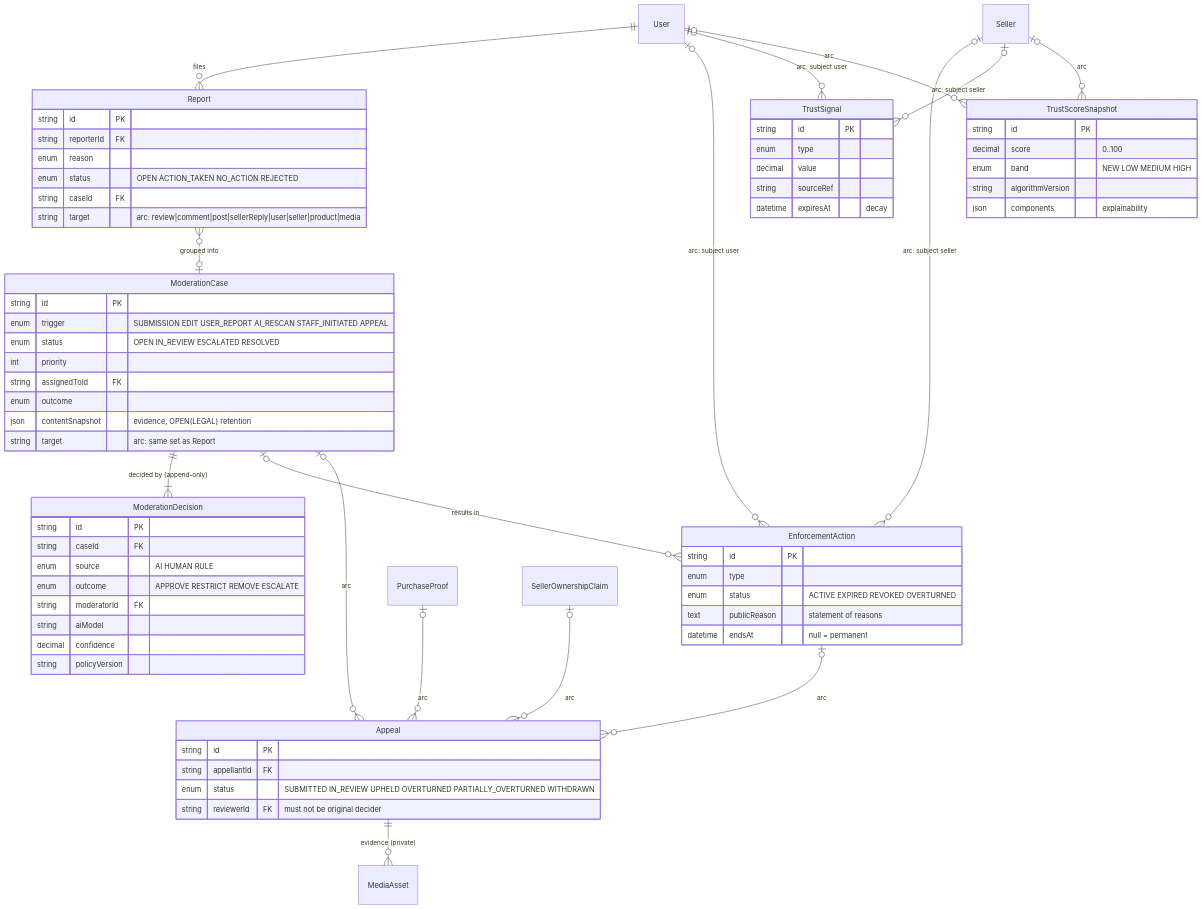
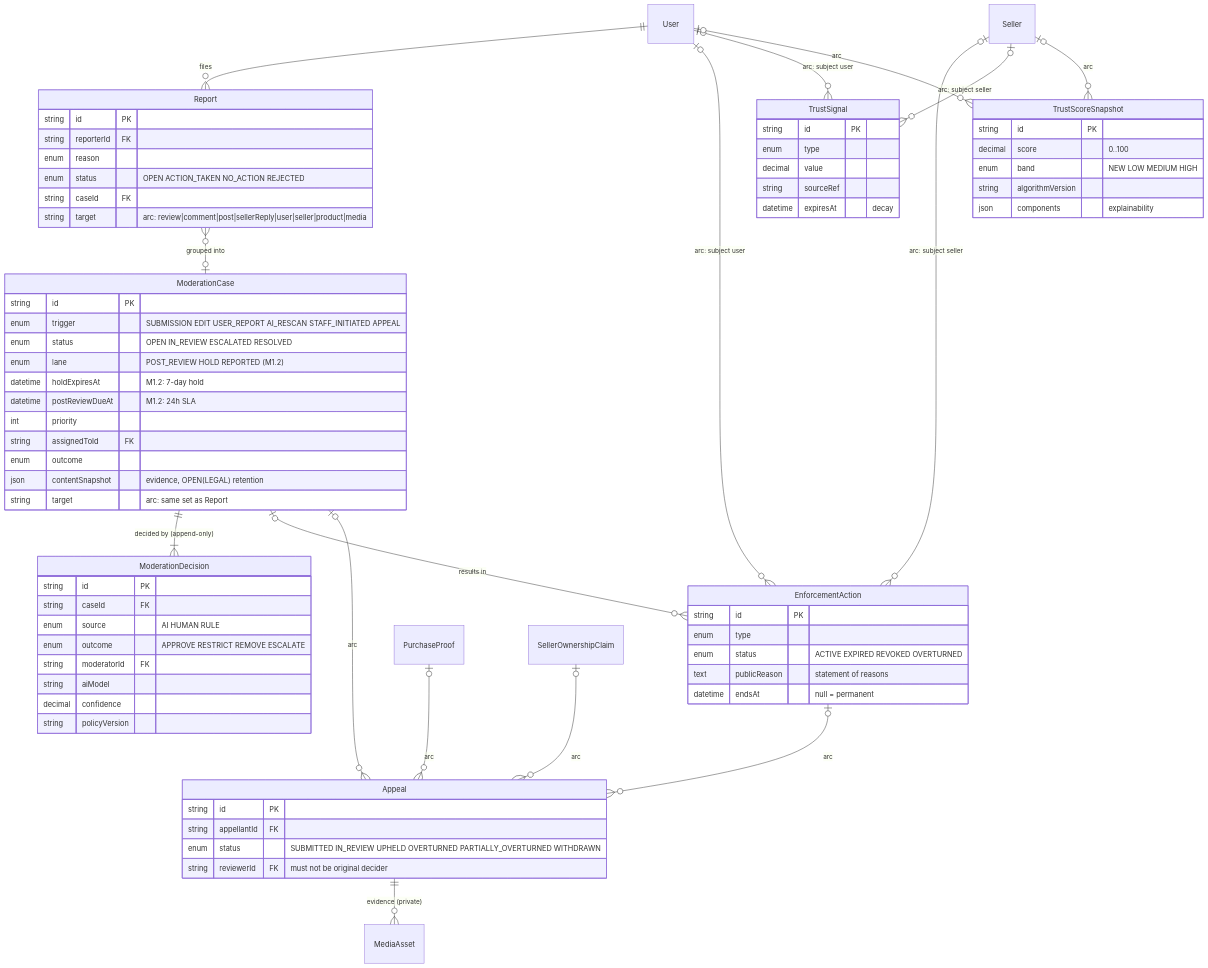
One commit to adeel4166/review-platform changed the sixth of 8 diagrams in docs/architecture/data-model.md. Above: the diagram before and after it, drawn with Mermaid. The commit also changed other lines of this file and 12 other files, not shown here.

````diff
--- a/docs/architecture/data-model.md
+++ b/docs/architecture/data-model.md
@@ -340,74 +342,77 @@
 ```mermaid
 erDiagram
   User ||--o{ Report : "files"
   Report }o--o| ModerationCase : "grouped into"
   ModerationCase ||--|{ ModerationDecision : "decided by (append-only)"
   ModerationCase |o--o{ EnforcementAction : "results in"
   User |o--o{ EnforcementAction : "arc: subject user"
   Seller |o--o{ EnforcementAction : "arc: subject seller"
   EnforcementAction |o--o{ Appeal : "arc"
   ModerationCase |o--o{ Appeal : "arc"
   PurchaseProof |o--o{ Appeal : "arc"
   SellerOwnershipClaim |o--o{ Appeal : "arc"
   Appeal ||--o{ MediaAsset : "evidence (private)"
   User |o--o{ TrustSignal : "arc: subject user"
   Seller |o--o{ TrustSignal : "arc: subject seller"
   User |o--o{ TrustScoreSnapshot : "arc"
   Seller |o--o{ TrustScoreSnapshot : "arc"
 
   Report {
     string id PK
     string reporterId FK
     enum reason
     enum status "OPEN ACTION_TAKEN NO_ACTION REJECTED"
     string caseId FK
     string target "arc: review|comment|post|sellerReply|user|seller|product|media"
   }
   ModerationCase {
     string id PK
     enum trigger "SUBMISSION EDIT USER_REPORT AI_RESCAN STAFF_INITIATED APPEAL"
     enum status "OPEN IN_REVIEW ESCALATED RESOLVED"
+    enum lane "POST_REVIEW HOLD REPORTED (M1.2)"
+    datetime holdExpiresAt "M1.2: 7-day hold"
+    datetime postReviewDueAt "M1.2: 24h SLA"
     int priority
     string assignedToId FK
     enum outcome
     json contentSnapshot "evidence, OPEN(LEGAL) retention"
     string target "arc: same set as Report"
   }
   ModerationDecision {
     string id PK
     string caseId FK
     enum source "AI HUMAN RULE"
     enum outcome "APPROVE RESTRICT REMOVE ESCALATE"
     string moderatorId FK
     string aiModel
     decimal confidence
     string policyVersion
   }
   EnforcementAction {
     string id PK
     enum type
     enum status "ACTIVE EXPIRED REVOKED OVERTURNED"
     text publicReason "statement of reasons"
     datetime endsAt "null = permanent"
   }
   Appeal {
     string id PK
     string appellantId FK
     enum status "SUBMITTED IN_REVIEW UPHELD OVERTURNED PARTIALLY_OVERTURNED WITHDRAWN"
     string reviewerId FK "must not be original decider"
   }
   TrustSignal {
     string id PK
     enum type
     decimal value
     string sourceRef
     datetime expiresAt "decay"
   }
   TrustScoreSnapshot {
     string id PK
     decimal score "0..100"
     enum band "NEW LOW MEDIUM HIGH"
     string algorithmVersion
     json components "explainability"
   }
 ```
````
